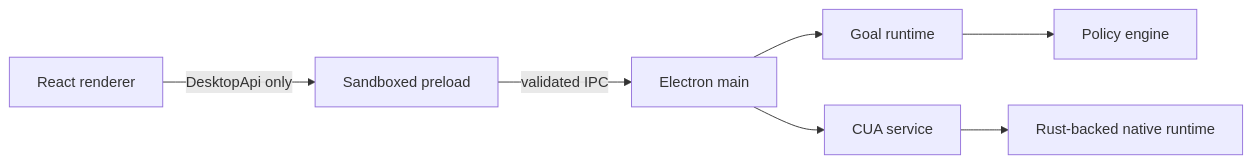
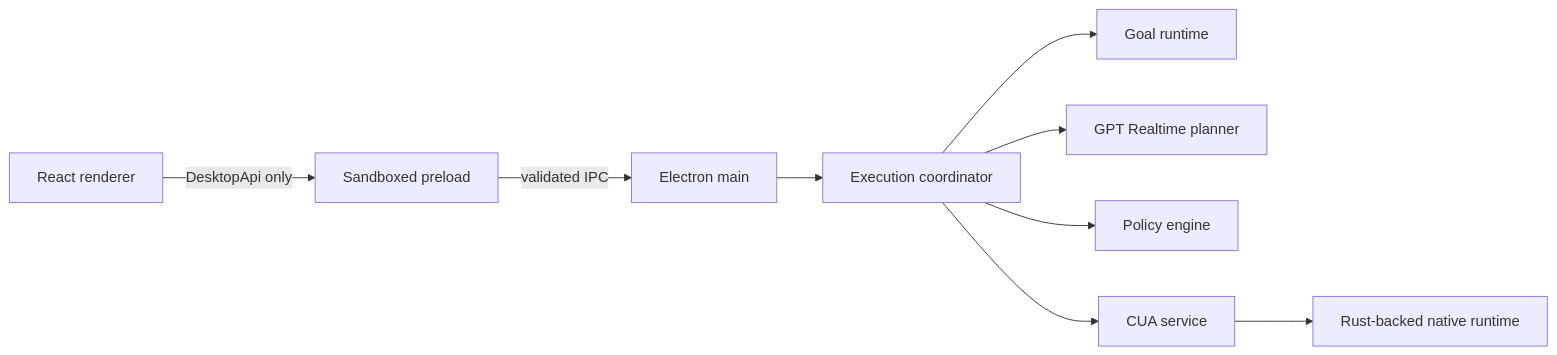
One commit to ducnguyen67201/TroCode changed the diagram in docs/architecture.md. Above: the diagram before and after it, drawn with Mermaid. The commit also changed other lines of this file and 45 other files, not shown here.

````diff
--- a/docs/architecture.md
+++ b/docs/architecture.md
@@ -13,9 +13,11 @@
 ```mermaid
 flowchart LR
     UI["React renderer"] -->|"DesktopApi only"| PRELOAD["Sandboxed preload"]
     PRELOAD -->|"validated IPC"| MAIN["Electron main"]
-    MAIN --> GOAL["Goal runtime"]
-    GOAL --> POLICY["Policy engine"]
-    MAIN --> CUA["CUA service"]
+    MAIN --> COORD["Execution coordinator"]
+    COORD --> GOAL["Goal runtime"]
+    COORD --> RT["GPT Realtime planner"]
+    COORD --> POLICY["Policy engine"]
+    COORD --> CUA["CUA service"]
     CUA --> NATIVE["Rust-backed native runtime"]
 ```
````
